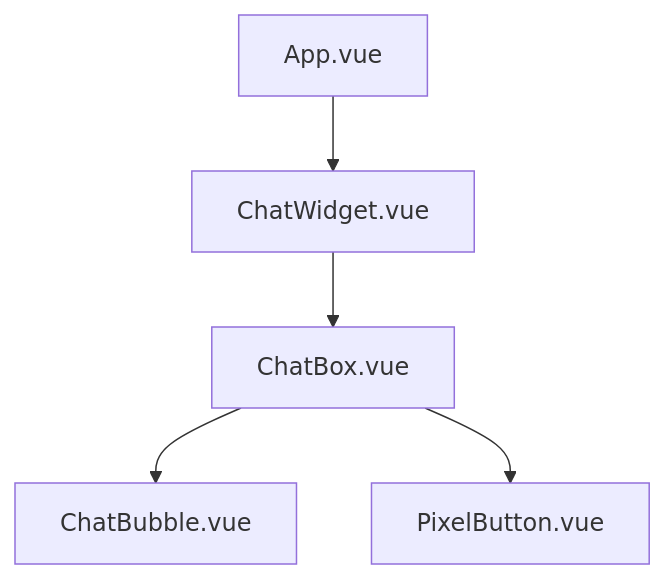
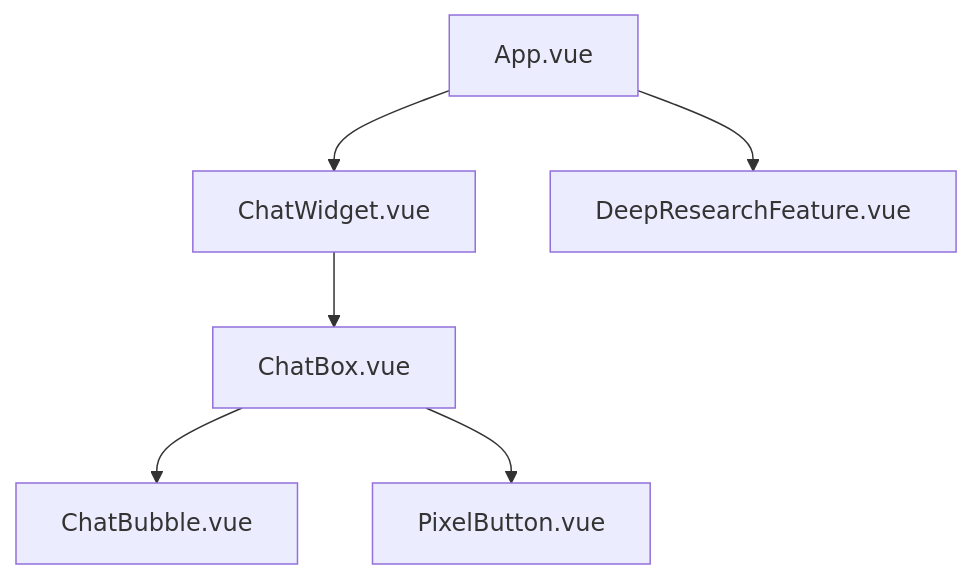
The second of 7 diagrams in memory-bank/systemPatterns.md (cuongbuoi/retro-ai-agent), drawn with Mermaid before and after one commit. The commit also changed other lines of this file and 20 other files, not shown here.

First line of the commit message:
feat: introduce Deep Research feature with web search capabilities

````diff
--- a/memory-bank/systemPatterns.md
+++ b/memory-bank/systemPatterns.md
@@ -17,7 +18,8 @@
 ```mermaid
 flowchart TB
     App[App.vue] --> ChatWidget[ChatWidget.vue]
     ChatWidget --> ChatBox[ChatBox.vue]
     ChatBox --> ChatBubble[ChatBubble.vue]
     ChatBox --> PixelButton[PixelButton.vue]
+    App --> DeepResearchFeature[DeepResearchFeature.vue]
 ```
````
